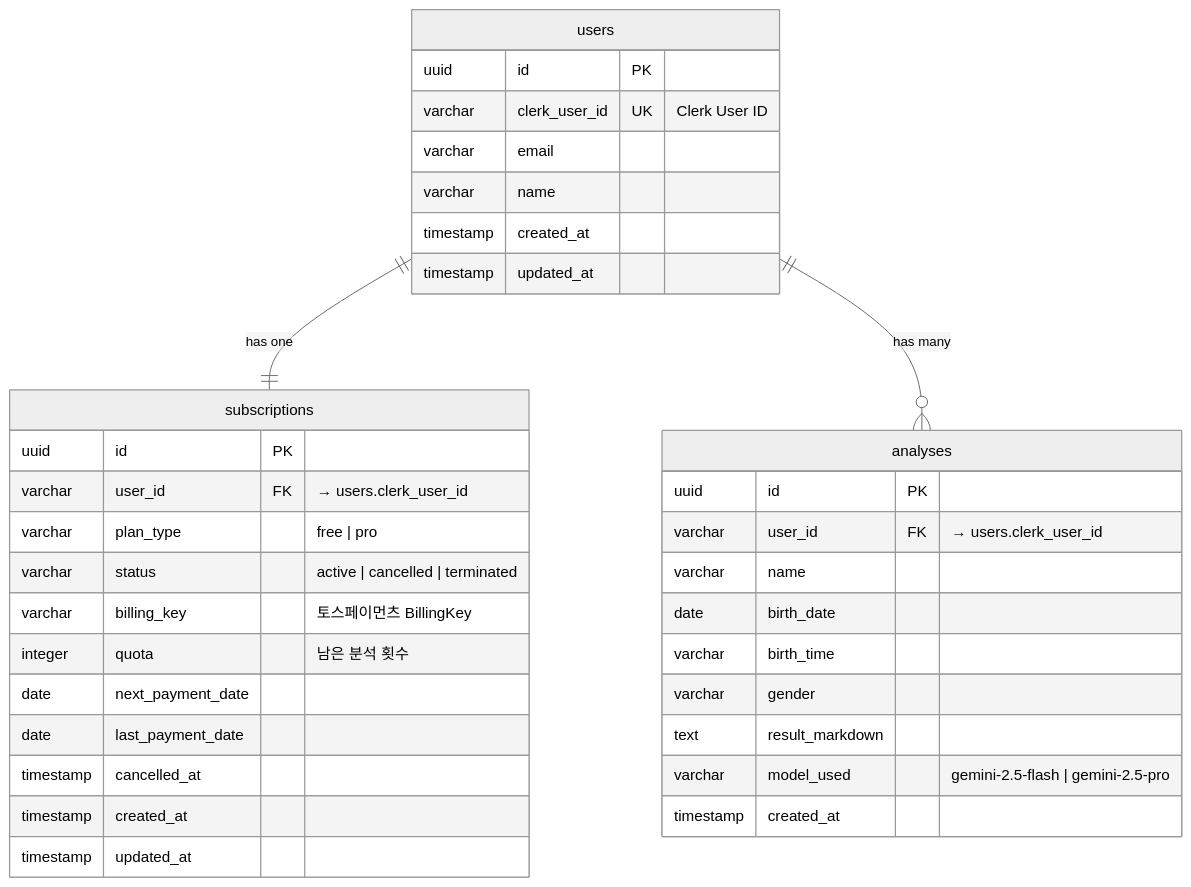
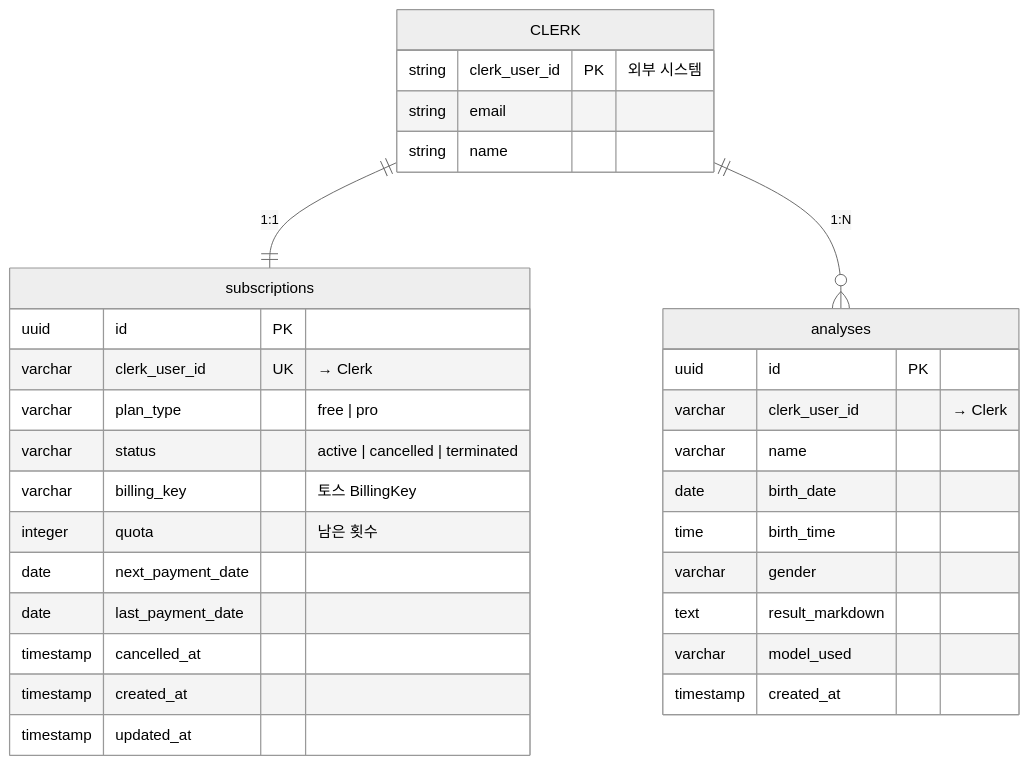
The diagram in docs/database.md (idoforgod/3-2-saju), drawn with Mermaid (neutral theme) before and after one commit. The commit also changed other lines of this file and 5 other files, not shown here.

````diff
--- a/docs/database.md
+++ b/docs/database.md
@@ -133,40 +103,37 @@
 ```mermaid
 erDiagram
-    users ||--|| subscriptions : "has one"
-    users ||--o{ analyses : "has many"
+    CLERK ||--|| subscriptions : "1:1"
+    CLERK ||--o{ analyses : "1:N"
 
-    users {
-        uuid id PK
-        varchar clerk_user_id UK "Clerk User ID"
-        varchar email
-        varchar name
-        timestamp created_at
-        timestamp updated_at
+    CLERK {
+        string clerk_user_id PK "외부 시스템"
+        string email
+        string name
     }
 
     subscriptions {
         uuid id PK
-        varchar user_id FK "→ users.clerk_user_id"
+        varchar clerk_user_id UK "→ Clerk"
         varchar plan_type "free | pro"
         varchar status "active | cancelled | terminated"
-        varchar billing_key "토스페이먼츠 BillingKey"
-        integer quota "남은 분석 횟수"
+        varchar billing_key "토스 BillingKey"
+        integer quota "남은 횟수"
         date next_payment_date
         date last_payment_date
         timestamp cancelled_at
         timestamp created_at
         timestamp updated_at
     }
 
     analyses {
         uuid id PK
-        varchar user_id FK "→ users.clerk_user_id"
+        varchar clerk_user_id "→ Clerk"
         varchar name
         date birth_date
-        varchar birth_time
+        time birth_time
         varchar gender
         text result_markdown
-        varchar model_used "gemini-2.5-flash | gemini-2.5-pro"
+        varchar model_used
         timestamp created_at
     }
 ```
````
